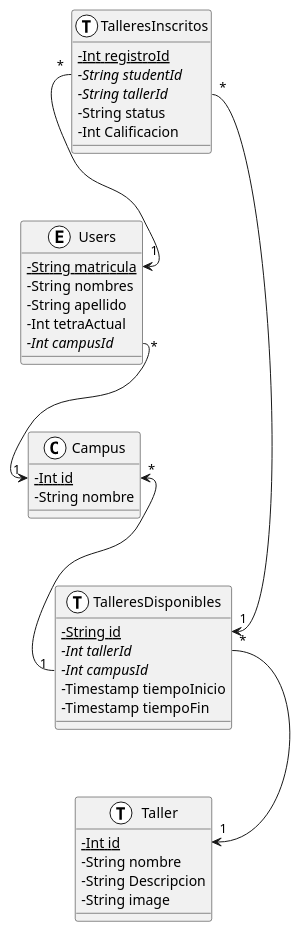
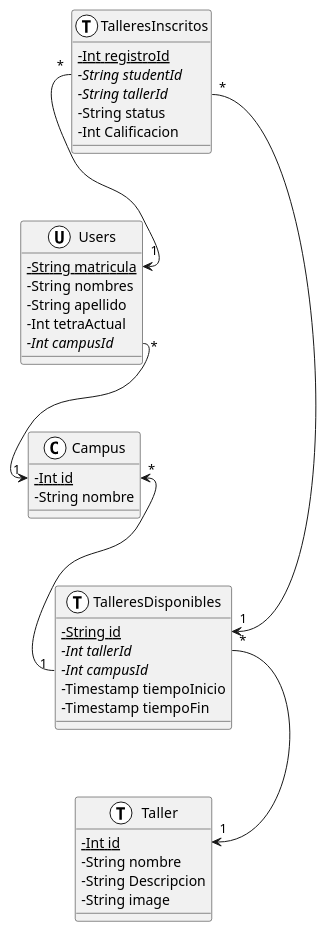
Before and after one commit to facund015/codeRelatedObsidianNotes: the diagram in Reto/Base de datos.md, drawn with PlantUML. The commit also changed 1 other file, not shown here.

Commit message:
vault backup: 2021-12-01 17:57:03

````diff
--- a/Reto/Base de datos.md
+++ b/Reto/Base de datos.md
@@ -2,51 +2,52 @@
 ```plantuml
 @startuml
 skinparam classAttributeIconSize 0
+
+class Users <<(U,white)>> {
+	{static} - String matricula
+	-String nombres
+	-String apellido
+	-Int tetraActual
+	{abstract} -Int campusId
+}
 
 class Campus <<(C,white)>> {
 	{static} -Int id
 	-String nombre
 }
 
-class Users <<(E,white)>> {
-	{static} - String matricula
-	-String nombres
-	-String apellido
-	-Int tetraActual
-	{abstract} -Int campusId
-}
 class Taller <<(T,white)>> {
     {static} -Int id 
     - String nombre
 	- String Descripcion
     - String image
 }
 class TalleresDisponibles <<(T, white)>> {
 	{static} -String id
 	{abstract} -Int tallerId
 	{abstract} -Int campusId
 	-Timestamp tiempoInicio
 	-Timestamp tiempoFin
 }
 class TalleresInscritos <<(T,white)>> {
 	{static} -Int registroId 
 	{abstract} -String studentId
 	{abstract} -String tallerId
 	-String status
 	-Int Calificacion
 }
 
 
 
 
 
 
 TalleresInscritos::studentId "*" --> "1" Users::matricula
 TalleresInscritos::tallerId "*" --> "1" TalleresDisponibles::id
 TalleresDisponibles::tallerId "*" --> "1" Taller::id
 Campus::id "*" <-- "1" TalleresDisponibles::campusId
 Users::campusId "*" --> "1" Campus::id
 
 
 @enduml
 ```
````
